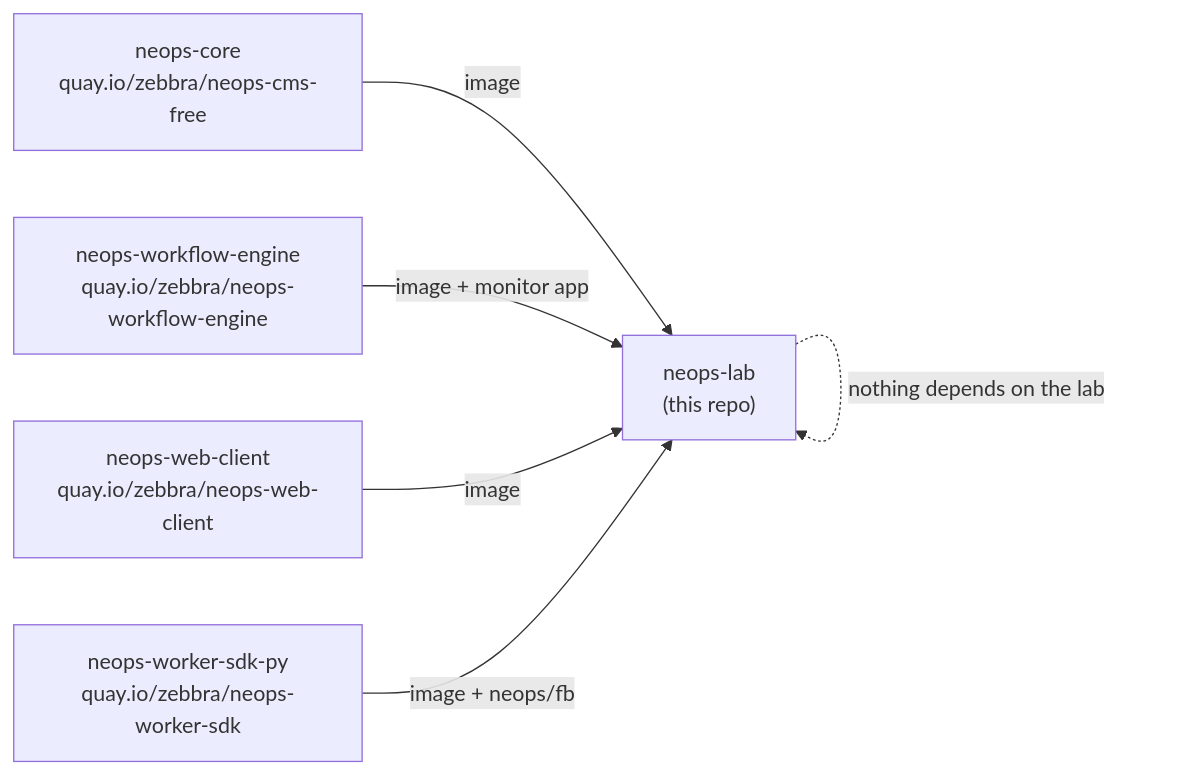
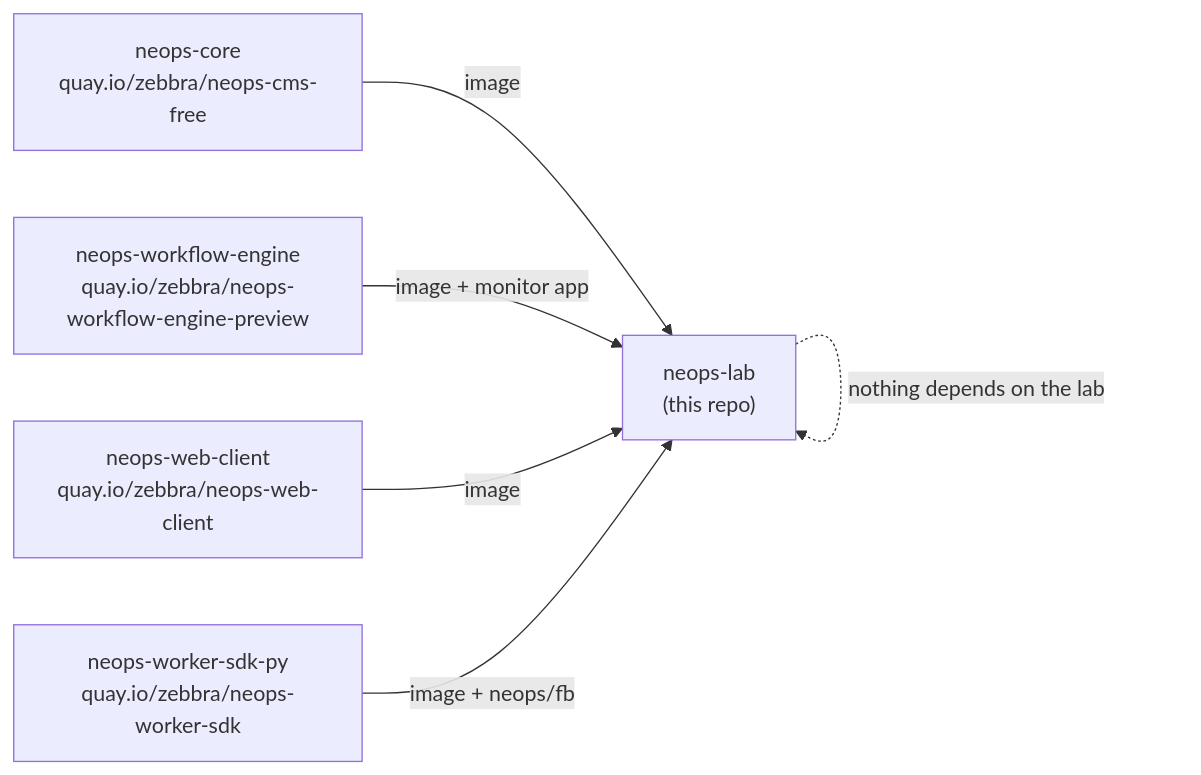
One commit to zebbra/neops-lab changed the diagram in docs/99-appendix/neops-ecosystem.md. Above: the diagram before and after it, drawn with Mermaid. The commit also changed 7 other files, not shown here.

````diff
--- a/docs/99-appendix/neops-ecosystem.md
+++ b/docs/99-appendix/neops-ecosystem.md
@@ -32,15 +32,15 @@
 ```mermaid
 graph LR
   core["neops-core<br/>quay.io/zebbra/neops-cms-free"]
-  wfe["neops-workflow-engine<br/>quay.io/zebbra/neops-workflow-engine"]
+  wfe["neops-workflow-engine<br/>quay.io/zebbra/neops-workflow-engine-preview"]
   wc["neops-web-client<br/>quay.io/zebbra/neops-web-client"]
   sdk["neops-worker-sdk-py<br/>quay.io/zebbra/neops-worker-sdk"]
   lab["neops-lab<br/>(this repo)"]
 
   core -- "image" --> lab
   wfe -- "image + monitor app" --> lab
   wc -- "image" --> lab
   sdk -- "image + neops/fb" --> lab
 
   lab -. "nothing depends on the lab" .-> lab
 ```
````
